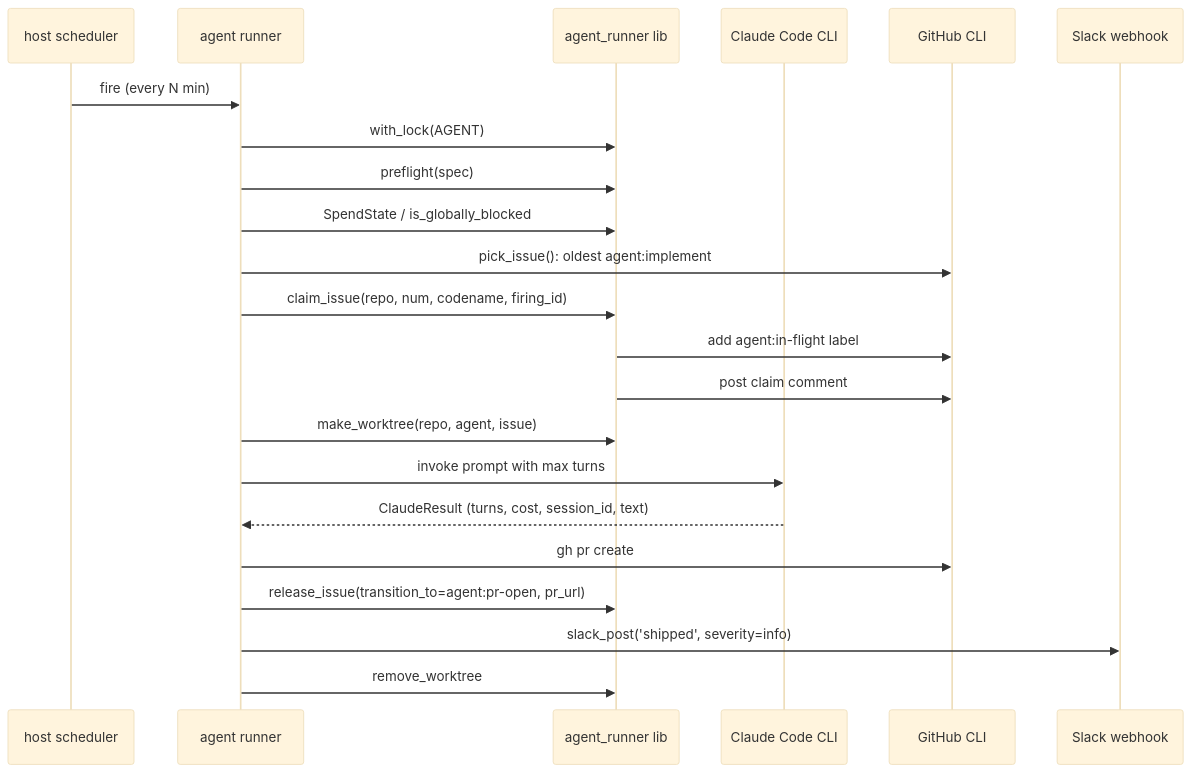
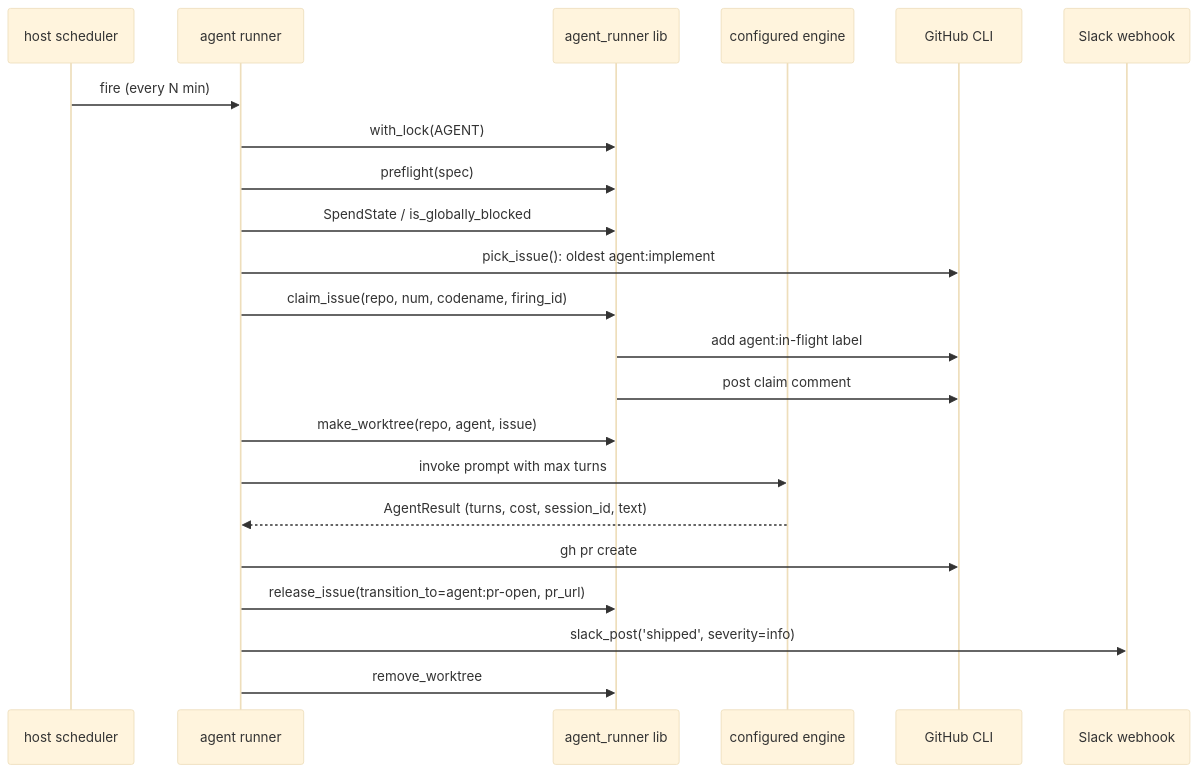
The second of 4 diagrams in site/src/content/docs/concepts/architecture.md (luminik-io/alfred-os), drawn with Mermaid (base theme) before and after one commit. The commit also changed other lines of this file and 22 other files, not shown here.

````diff
--- a/site/src/content/docs/concepts/architecture.md
+++ b/site/src/content/docs/concepts/architecture.md
@@ -34,25 +34,25 @@
 ```mermaid
 sequenceDiagram
     participant scheduler as host scheduler
     participant runner as agent runner
     participant lib as agent_runner lib
-    participant claude as Claude Code CLI
+    participant engine as configured engine
     participant gh as GitHub CLI
     participant slack as Slack webhook
 
     scheduler->>runner: fire (every N min)
     runner->>lib: with_lock(AGENT)
     runner->>lib: preflight(spec)
     runner->>lib: SpendState / is_globally_blocked
     runner->>gh: pick_issue(): oldest agent:implement
     runner->>lib: claim_issue(repo, num, codename, firing_id)
     lib->>gh: add agent:in-flight label
     lib->>gh: post claim comment
     runner->>lib: make_worktree(repo, agent, issue)
-    runner->>claude: invoke prompt with max turns
-    claude-->>runner: ClaudeResult (turns, cost, session_id, text)
+    runner->>engine: invoke prompt with max turns
+    engine-->>runner: AgentResult (turns, cost, session_id, text)
     runner->>gh: gh pr create
     runner->>lib: release_issue(transition_to=agent:pr-open, pr_url)
     runner->>slack: slack_post('shipped', severity=info)
     runner->>lib: remove_worktree
 ```
````
